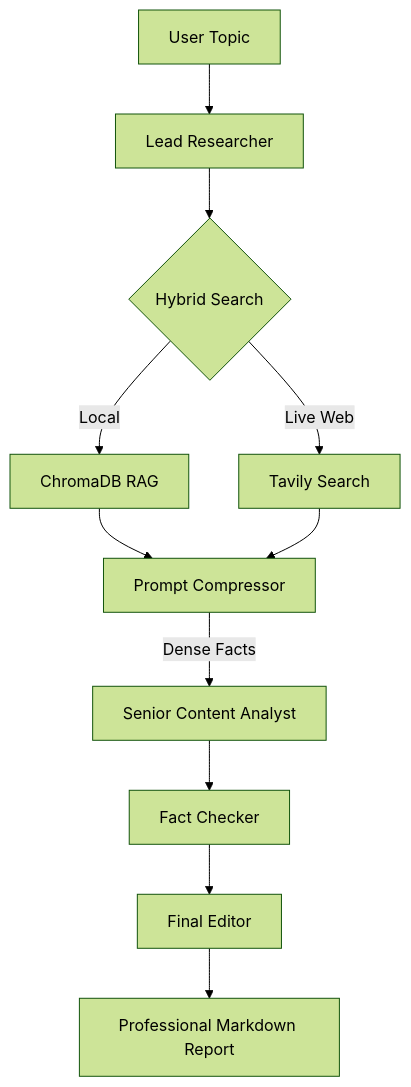
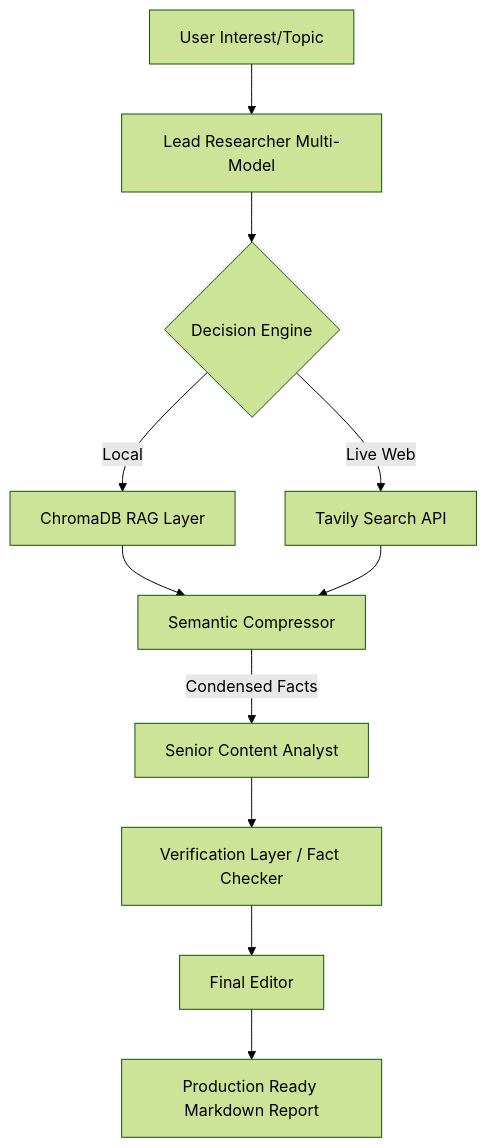
The diagram in README.md (Thorat-Kaustubh/Multi-Model-AI-Research-Assistant), drawn with Mermaid (forest theme) before and after one commit. The commit also changed other lines of this file and 2 other files, not shown here.

Commit message:
docs: overhaul README with project architecture and add UI preview image

````diff
--- a/README.md
+++ b/README.md
@@ -41,13 +47,13 @@
 ```mermaid
 graph TD
-    A[User Topic] --> B[Lead Researcher]
-    B --> C{Hybrid Search}
-    C --> |Local| D[ChromaDB RAG]
-    C --> |Live Web| E[Tavily Search]
-    D --> F[Prompt Compressor]
+    A[User Interest/Topic] --> B[Lead Researcher Multi-Model]
+    B --> C{Decision Engine}
+    C --> |Local| D[ChromaDB RAG Layer]
+    C --> |Live Web| E[Tavily Search API]
+    D --> F[Semantic Compressor]
     E --> F
-    F --> |Dense Facts| G[Senior Content Analyst]
-    G --> H[Fact Checker]
+    F --> |Condensed Facts| G[Senior Content Analyst]
+    G --> H[Verification Layer / Fact Checker]
     H --> I[Final Editor]
-    I --> J[Professional Markdown Report]
+    I --> J[Production Ready Markdown Report]
 ```
````
